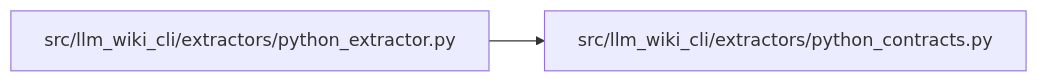
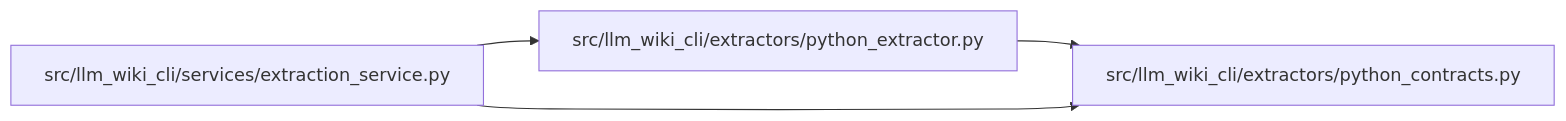
Before and after one commit to Denissvgn/python-wiki-llm: the diagram in docs/llm_wiki/modules/python_contracts.md, drawn with Mermaid. The commit also changed other lines of this file and 240 other files, not shown here.

````diff
--- a/docs/llm_wiki/modules/python_contracts.md
+++ b/docs/llm_wiki/modules/python_contracts.md
@@ -24,8 +24,12 @@
 ```mermaid
 flowchart LR
     n0["src/llm_wiki_cli/extractors/python_contracts.py"]
     n1["src/llm_wiki_cli/extractors/python_extractor.py"]
+    n2["src/llm_wiki_cli/services/extraction_service.py"]
     n1 --> n0
+    n2 --> n0
+    n2 --> n1
     click n0 "../modules/python_contracts.md"
     click n1 "../modules/python_extractor.md"
+    click n2 "../modules/extraction_service.md"
 ```
````
